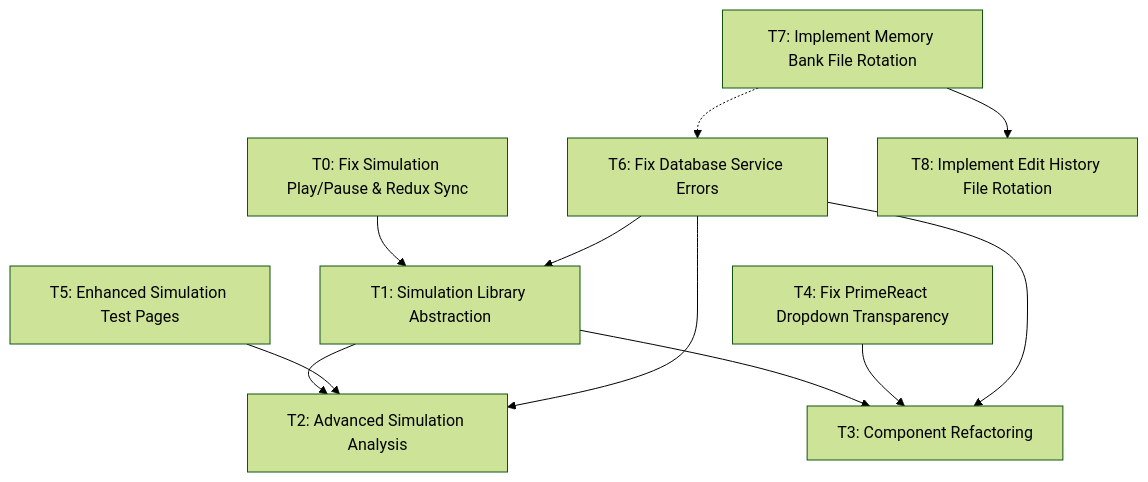
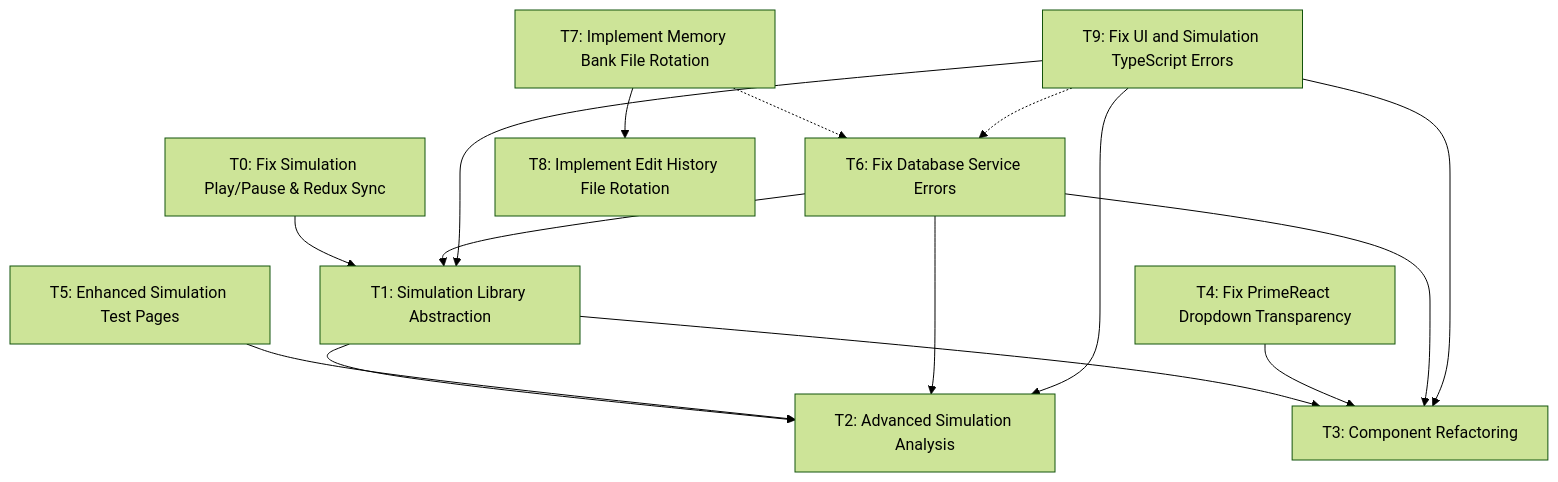
One commit to space-cadet/spin_network_app changed the diagram in memory-bank/tasks.md. Above: the diagram before and after it, drawn with Mermaid (forest theme). The commit also changed other lines of this file and 14 other files, not shown here.

First line of the commit message:
fix: Resolve TypeScript build errors in database services and UI components

````diff
--- a/memory-bank/tasks.md
+++ b/memory-bank/tasks.md
@@ -211,23 +243,28 @@
 ```mermaid
 graph TD
     T1[T1: Simulation Library Abstraction]
     T2[T2: Advanced Simulation Analysis]
     T3[T3: Component Refactoring]
     T0[T0: Fix Simulation Play/Pause & Redux Sync]
     T4[T4: Fix PrimeReact Dropdown Transparency]
     T5[T5: Enhanced Simulation Test Pages]
     T6[T6: Fix Database Service Errors]
     T7[T7: Implement Memory Bank File Rotation]
     T8[T8: Implement Edit History File Rotation]
+    T9[T9: Fix UI and Simulation TypeScript Errors]
     
     T0 --> T1
     T1 --> T2
     T1 --> T3
     T4 --> T3
     T5 --> T2
     T6 --> T1
     T6 --> T2
     T6 --> T3
     T7 -.-> T6
     T7 --> T8
+    T9 --> T1
+    T9 --> T2
+    T9 --> T3
+    T9 -.-> T6
 ```
````
